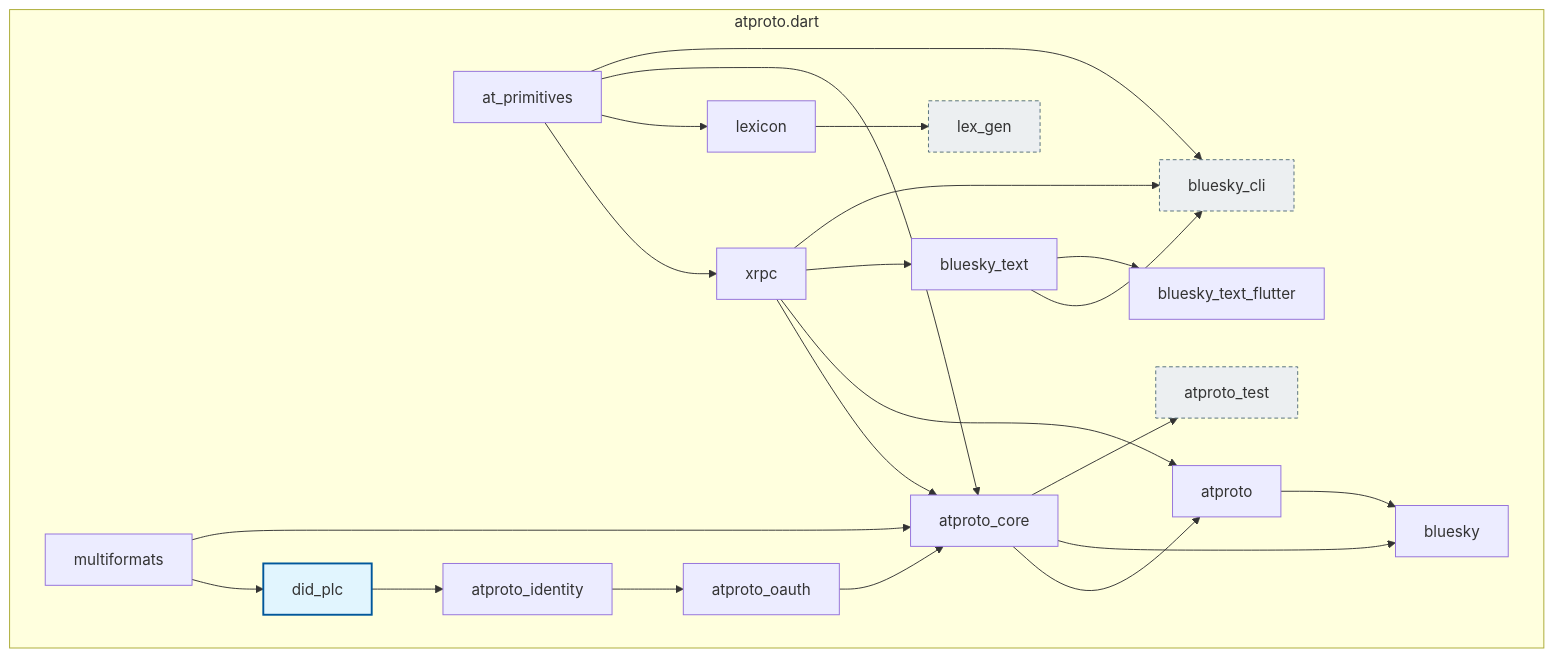
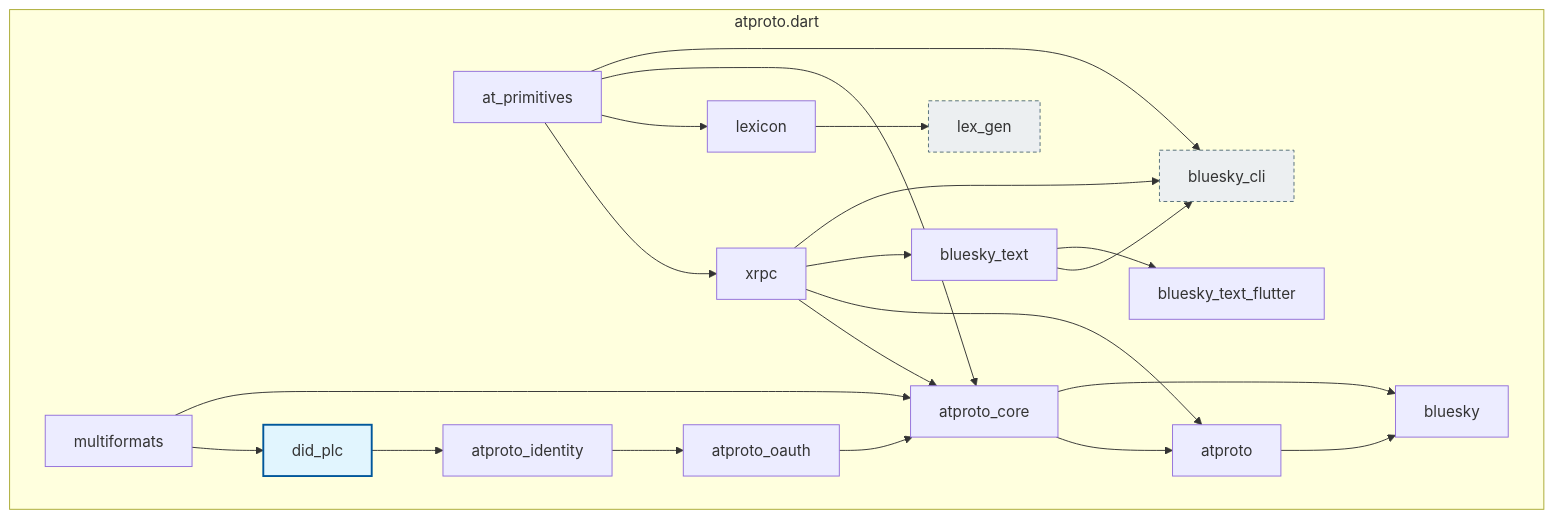
Before and after one commit to myConsciousness/atproto.dart: the diagram in website/docs/products/overview.md, drawn with Mermaid. The commit also changed other lines of this file and 1 other file, not shown here.

First line of the commit message:
docs(website): drop the atproto_test page

````diff
--- a/website/docs/products/overview.md
+++ b/website/docs/products/overview.md
@@ -86,37 +85,34 @@
 ```mermaid
 flowchart TD
     subgraph atproto.dart
     at_primitives --> xrpc;
     at_primitives --> lexicon;
     at_primitives --> atproto_core;
     at_primitives --> bluesky_cli;
 
     lexicon --> lex_gen;
 
     multiformats --> did_plc;
     multiformats --> atproto_core;
 
     did_plc --> atproto_identity;
     atproto_identity --> atproto_oauth;
     atproto_oauth --> atproto_core;
 
     xrpc --> atproto_core;
     xrpc --> atproto;
     xrpc --> bluesky_text;
     xrpc --> bluesky_cli;
 
     atproto_core --> atproto;
     atproto_core --> bluesky;
     atproto --> bluesky;
 
     bluesky_text --> bluesky_cli;
     bluesky_text --> bluesky_text_flutter;
 
-    atproto_core --> atproto_test;
-
     style did_plc fill:#e1f5fe,stroke:#01579b,stroke-width:2px
     style lex_gen fill:#eceff1,stroke:#546e7a,stroke-dasharray: 4 3
-    style atproto_test fill:#eceff1,stroke:#546e7a,stroke-dasharray: 4 3
     style bluesky_cli fill:#eceff1,stroke:#546e7a,stroke-dasharray: 4 3
     end
 ```
````
